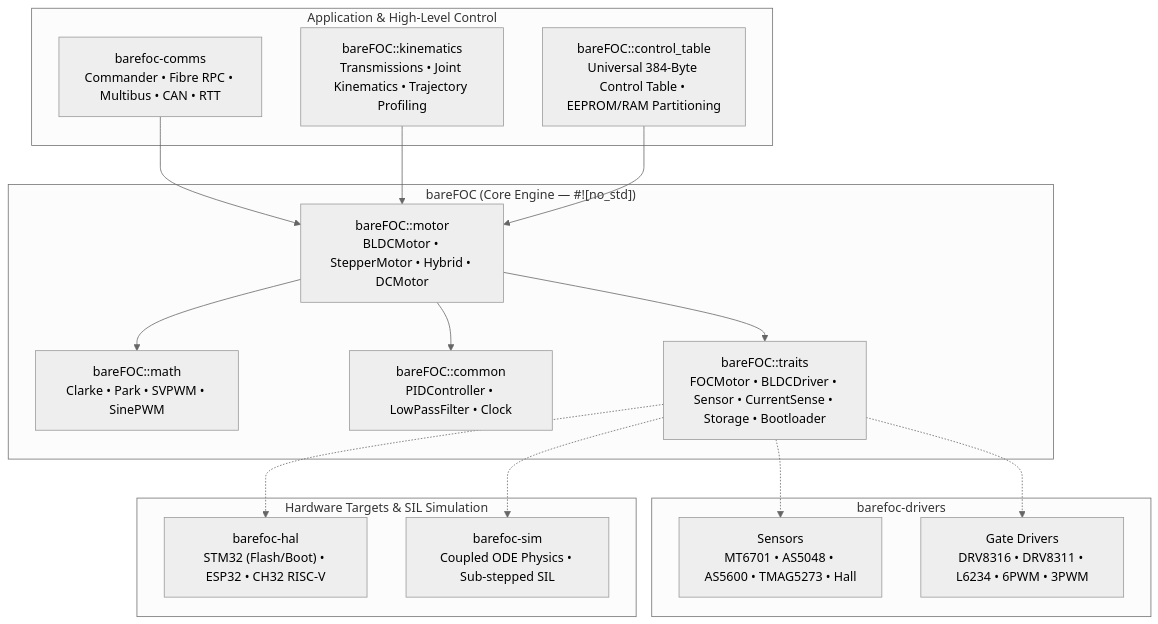
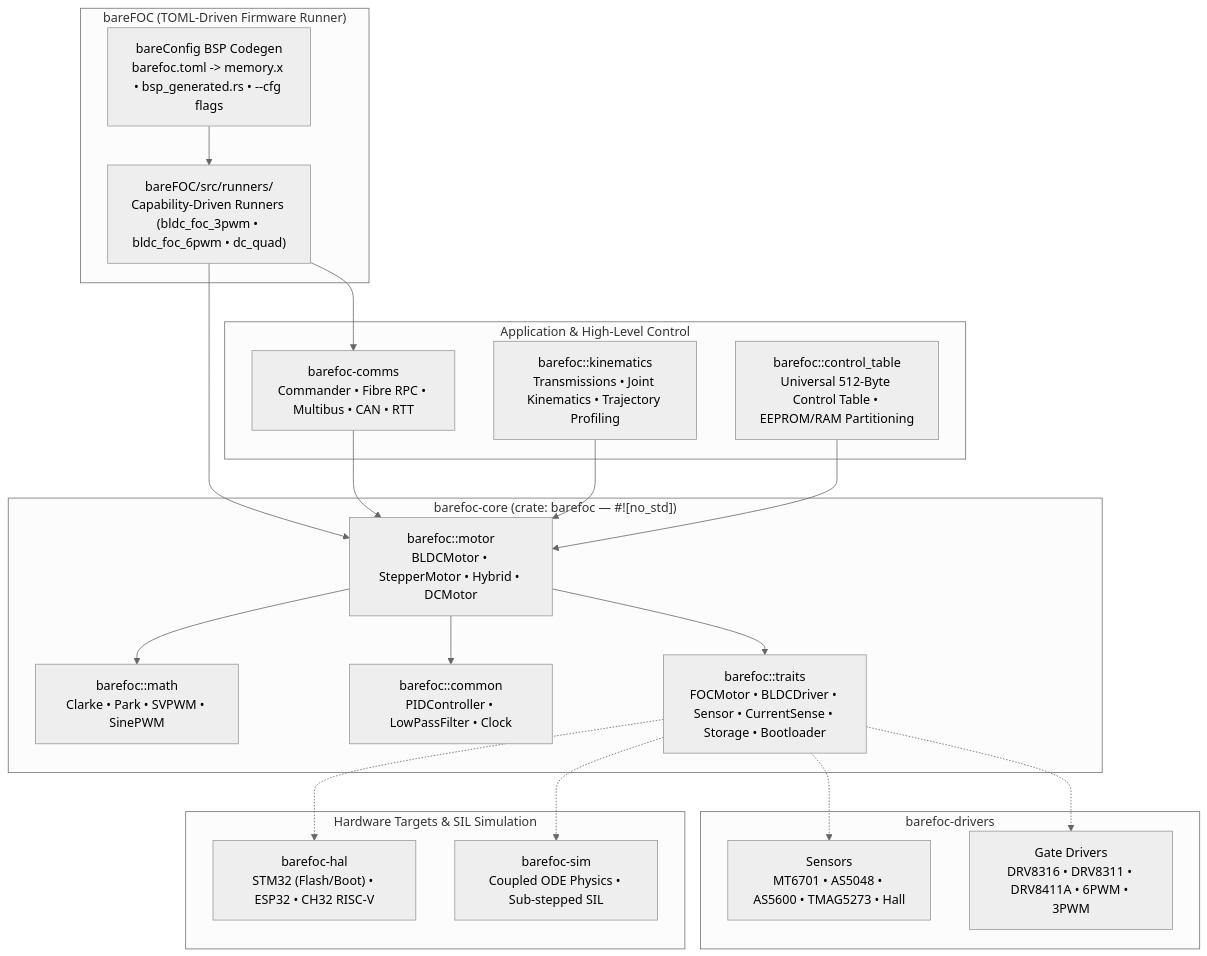
The first of 2 diagrams in index.md (bareFOC/barefoc.github.io), drawn with Mermaid (neutral theme) before and after one commit. The commit also changed other lines of this file and 5 other files, not shown here.

Commit message:
[docs] architecture: document BSP codegen, capability runners, and barefoc-core

````diff
--- a/index.md
+++ b/index.md
@@ -44,36 +44,44 @@
 ```mermaid
 graph TD
+    subgraph Firmware ["bareFOC (TOML-Driven Firmware Runner)"]
+        RUNNER["bareFOC/src/runners/<br/>Capability-Driven Runners (bldc_foc_3pwm • bldc_foc_6pwm • dc_quad)"]
+        CODEGEN["bareConfig BSP Codegen<br/>barefoc.toml -> memory.x • bsp_generated.rs • --cfg flags"]
+    end
+
     subgraph App ["Application & High-Level Control"]
         COM["barefoc-comms<br/>Commander • Fibre RPC • Multibus • CAN • RTT"]
-        KIN["bareFOC::kinematics<br/>Transmissions • Joint Kinematics • Trajectory Profiling"]
-        TABLE["bareFOC::control_table<br/>Universal 384-Byte Control Table • EEPROM/RAM Partitioning"]
+        KIN["barefoc::kinematics<br/>Transmissions • Joint Kinematics • Trajectory Profiling"]
+        TABLE["barefoc::control_table<br/>Universal 512-Byte Control Table • EEPROM/RAM Partitioning"]
     end
 
-    subgraph Core ["bareFOC (Core Engine — #![no_std])"]
-        MOTOR["bareFOC::motor<br/>BLDCMotor • StepperMotor • Hybrid • DCMotor"]
-        MATH["bareFOC::math<br/>Clarke • Park • SVPWM • SinePWM"]
-        COMMON["bareFOC::common<br/>PIDController • LowPassFilter • Clock"]
-        TRAITS["bareFOC::traits<br/>FOCMotor • BLDCDriver • Sensor • CurrentSense • Storage • Bootloader"]
+    subgraph Core ["barefoc-core (crate: barefoc — #![no_std])"]
+        MOTOR["barefoc::motor<br/>BLDCMotor • StepperMotor • Hybrid • DCMotor"]
+        MATH["barefoc::math<br/>Clarke • Park • SVPWM • SinePWM"]
+        COMMON["barefoc::common<br/>PIDController • LowPassFilter • Clock"]
+        TRAITS["barefoc::traits<br/>FOCMotor • BLDCDriver • Sensor • CurrentSense • Storage • Bootloader"]
     end
 
     subgraph Drivers ["barefoc-drivers"]
         SENS["Sensors<br/>MT6701 • AS5048 • AS5600 • TMAG5273 • Hall"]
-        GATE["Gate Drivers<br/>DRV8316 • DRV8311 • L6234 • 6PWM • 3PWM"]
+        GATE["Gate Drivers<br/>DRV8316 • DRV8311 • DRV8411A • 6PWM • 3PWM"]
     end
 
     subgraph Target ["Hardware Targets & SIL Simulation"]
         HAL["barefoc-hal<br/>STM32 (Flash/Boot) • ESP32 • CH32 RISC-V"]
         SIM["barefoc-sim<br/>Coupled ODE Physics • Sub-stepped SIL"]
     end
 
+    CODEGEN --> RUNNER
+    RUNNER --> COM
+    RUNNER --> MOTOR
     COM --> MOTOR
     KIN --> MOTOR
     TABLE --> MOTOR
     MOTOR --> MATH
     MOTOR --> COMMON
     MOTOR --> TRAITS
     TRAITS -.-> SENS
     TRAITS -.-> GATE
     TRAITS -.-> HAL
     TRAITS -.-> SIM
 ```
````
